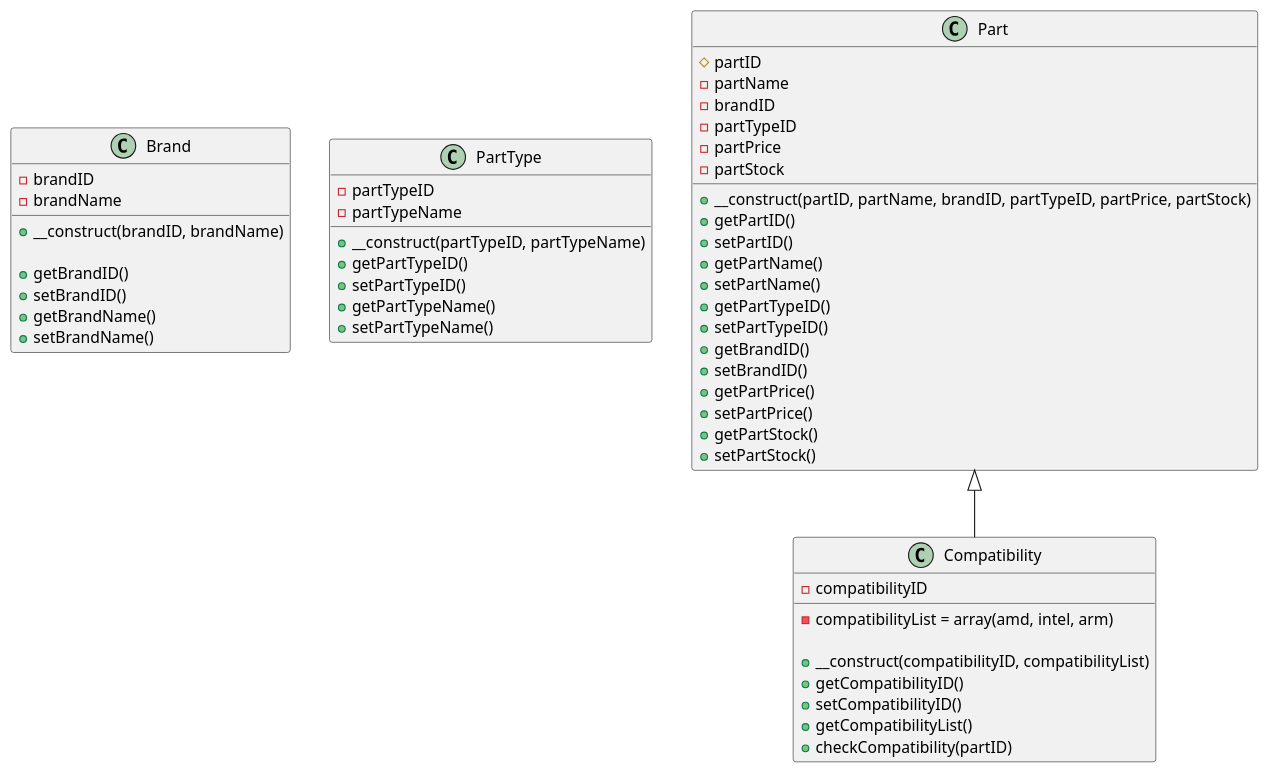
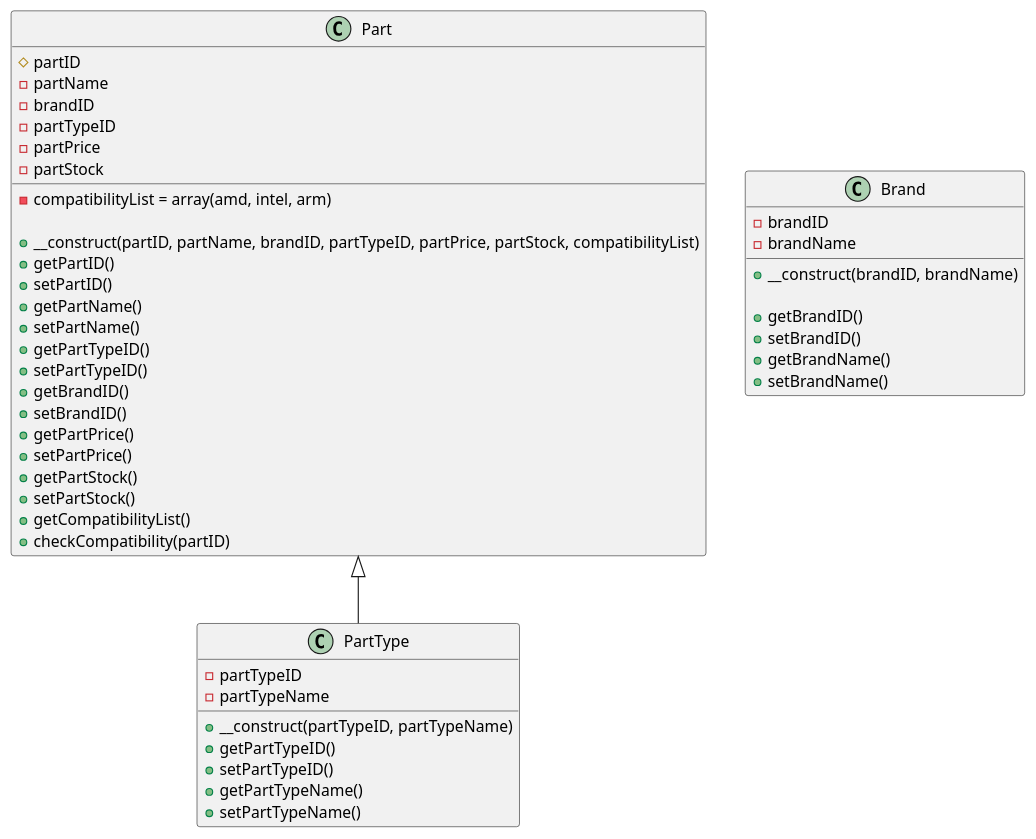
One commit to NIMUchanco/block3-adv-web changed the diagram in projects/project-1/db_class.puml. Above: the diagram before and after it, drawn with PlantUML. The commit also changed 1 other file, not shown here.

Commit message:
modified class schema (ver.2)

```diff
--- a/projects/project-1/db_class.puml
+++ b/projects/project-1/db_class.puml
@@ -1,58 +1,50 @@
 @startuml
+class Part {
+    # partID
+    - partName
+    - brandID
+    - partTypeID
+    - partPrice
+    - partStock
+    - compatibilityList = array(amd, intel, arm)
+
+    + __construct(partID, partName, brandID, partTypeID, partPrice, partStock, compatibilityList)
+    + getPartID()
+    + setPartID()
+    + getPartName()
+    + setPartName()
+    + getPartTypeID()
+    + setPartTypeID()
+    + getBrandID()
+    + setBrandID()
+    + getPartPrice()
+    + setPartPrice()
+    + getPartStock()
+    + setPartStock()
+    + getCompatibilityList()
+    + checkCompatibility(partID)
+}
+
 class Brand {
     - brandID
     - brandName
 
     + __construct(brandID, brandName)
 
     + getBrandID()
     + setBrandID()
     + getBrandName()
     + setBrandName()
 }
 
-class PartType {
+class PartType extends Part {
     - partTypeID
     - partTypeName
 
     + __construct(partTypeID, partTypeName)
     + getPartTypeID()
     + setPartTypeID()
     + getPartTypeName()
     + setPartTypeName()
 }
-
-class Part {
-    # partID
-    - partName
-    - brandID
-    - partTypeID
-    - partPrice
-    - partStock
-
-    + __construct(partID, partName, brandID, partTypeID, partPrice, partStock)
-    + getPartID()
-    + setPartID()
-    + getPartName()
-    + setPartName()
-    + getPartTypeID()
-    + setPartTypeID()
-    + getBrandID()
-    + setBrandID()
-    + getPartPrice()
-    + setPartPrice()
-    + getPartStock()
-    + setPartStock()
-}
-
-class Compatibility extends Part {
-    - compatibilityID
-    - compatibilityList = array(amd, intel, arm)
-
-    + __construct(compatibilityID, compatibilityList)
-    + getCompatibilityID()
-    + setCompatibilityID()
-    + getCompatibilityList()
-    + checkCompatibility(partID)
-}
 @enduml
```
